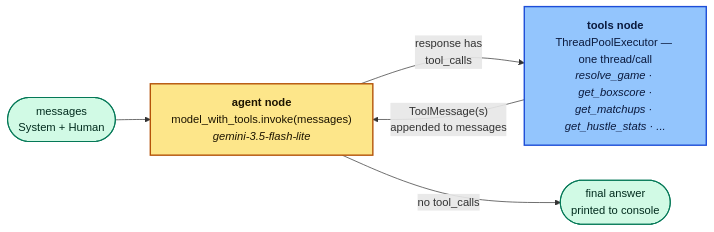
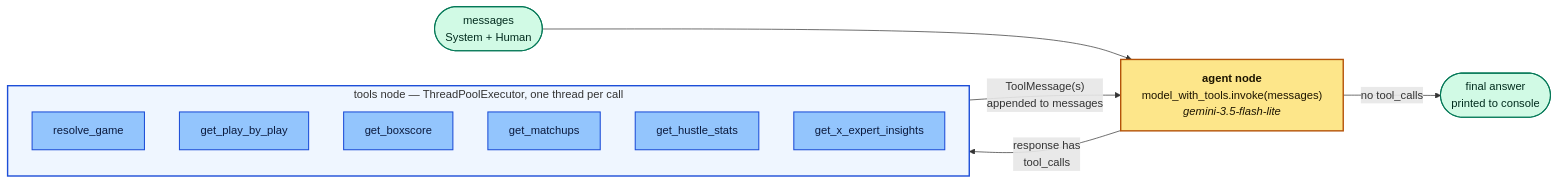
The diagram in README.md (kojilbj/nba-live-agent), drawn with Mermaid before and after one commit.

Commit message:
Break tools node into a per-tool subgraph
Each of the 6 tools now gets its own block inside the tools node
cluster instead of being listed as text in one box.

````diff
--- a/README.md
+++ b/README.md
@@ -41,18 +41,27 @@
 ```mermaid
 flowchart LR
     In(["messages<br/>System + Human"]) --> Agent
 
     Agent["<b>agent node</b><br/>model_with_tools.invoke(messages)<br/><i>gemini-3.5-flash-lite</i>"]
     Agent -- "response has<br/>tool_calls" --> Tools
     Agent -- "no tool_calls" --> Out(["final answer<br/>printed to console"])
 
-    Tools["<b>tools node</b><br/>ThreadPoolExecutor — one thread/call<br/><i>resolve_game · get_boxscore ·<br/>get_matchups · get_hustle_stats · ...</i>"]
+    subgraph Tools["tools node — ThreadPoolExecutor, one thread per call"]
+        direction TB
+        T1["resolve_game"]
+        T2["get_play_by_play"]
+        T3["get_boxscore"]
+        T4["get_matchups"]
+        T5["get_hustle_stats"]
+        T6["get_x_expert_insights"]
+    end
     Tools -- "ToolMessage(s)<br/>appended to messages" --> Agent
 
     classDef agentStyle fill:#fde68a,stroke:#b45309,stroke-width:2px,color:#1c1400
-    classDef toolsStyle fill:#93c5fd,stroke:#1d4ed8,stroke-width:2px,color:#0b1a3d
+    classDef toolStyle fill:#93c5fd,stroke:#1d4ed8,stroke-width:1.5px,color:#0b1a3d
     classDef endpointStyle fill:#d1fae5,stroke:#047857,stroke-width:1.5px,color:#022c1e
     class Agent agentStyle
-    class Tools toolsStyle
+    class T1,T2,T3,T4,T5,T6 toolStyle
     class In,Out endpointStyle
+    style Tools fill:#eff6ff,stroke:#1d4ed8,stroke-width:2px
 ```
````
